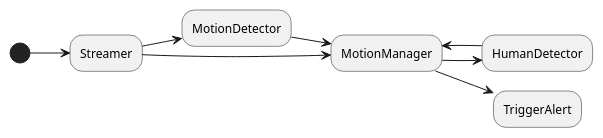
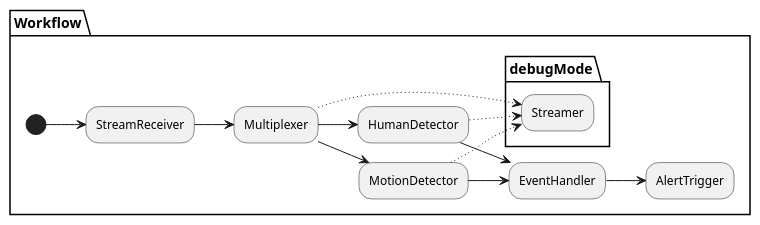
Before and after one commit to delnico/RTSP-Analyser: the diagram in doc/uml/src/workflow.plantuml, drawn with PlantUML. The commit also changed 2 other files, not shown here.

Commit message:
doc: simplify workflow

```diff
--- a/doc/uml/src/workflow.plantuml
+++ b/doc/uml/src/workflow.plantuml
@@ -1,14 +1,25 @@
 @startuml workflow
 
-skinparam SequenceMessageAlignment direction
 left to right direction
+skinparam ParticipantPadding 20
 
-(*) --> "Streamer"
-"Streamer" --> "MotionDetector"
-"MotionDetector" --> "MotionManager"
-"Streamer" --> "MotionManager"
-"MotionManager" --> "HumanDetector"
-"HumanDetector" --> "MotionManager"
-"MotionManager" --> "TriggerAlert"
+partition "Workflow" {
+    (*) --> "StreamReceiver"
+    "StreamReceiver" --> "Multiplexer"
+    
+    "Multiplexer" --> "MotionDetector"
+    "Multiplexer" --> "HumanDetector"
+
+    "MotionDetector" --> "EventHandler"
+    "HumanDetector" --> "EventHandler"
+
+    "EventHandler" --> "AlertTrigger"
+
+    partition "debugMode" {
+        "Multiplexer" ..> "Streamer"
+        "MotionDetector" ..> "Streamer"
+        "HumanDetector" ..> "Streamer"
+    }
+}
 
 @enduml
```
